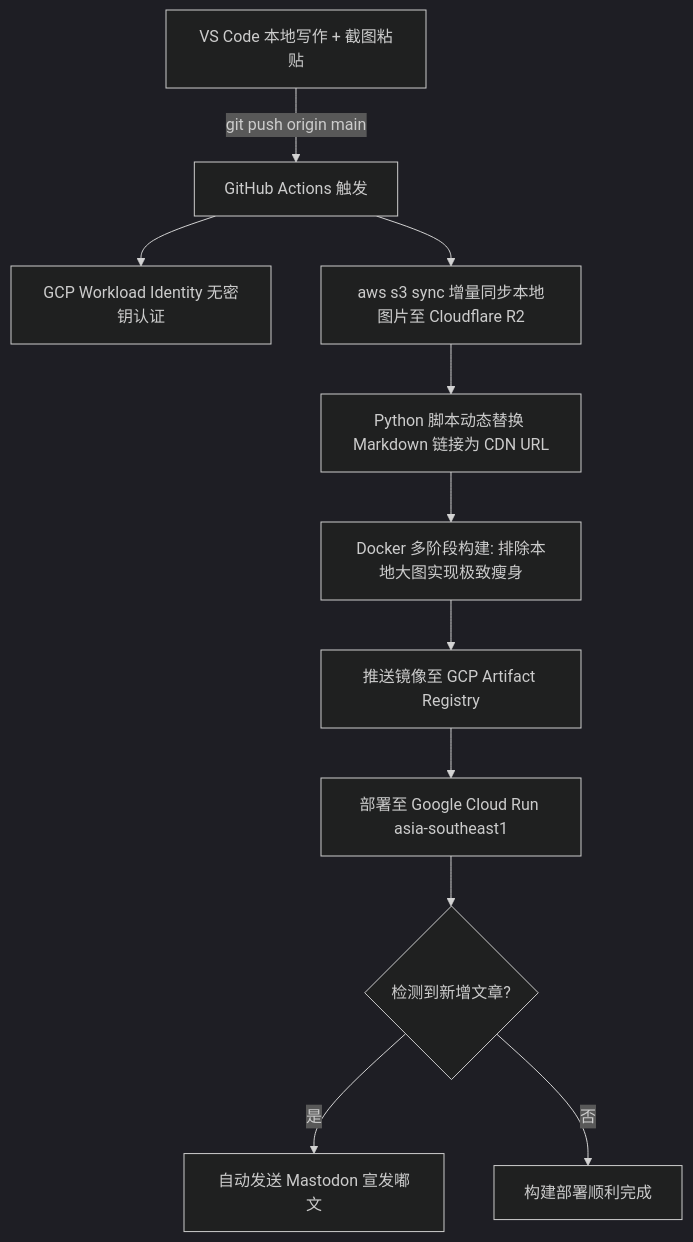
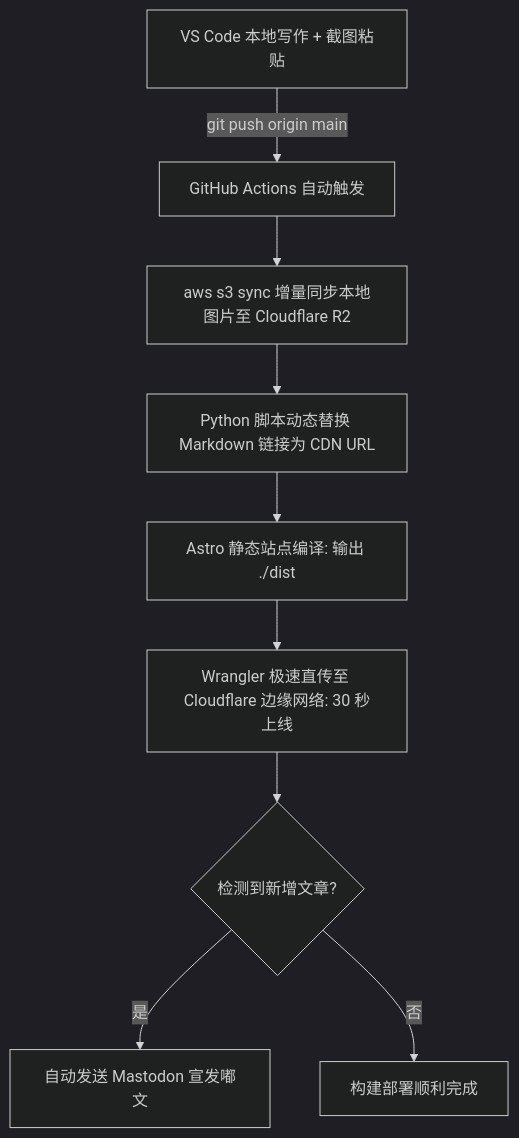
The diagram in README.md (dustyat/blog), drawn with Mermaid (dark theme) before and after one commit. The commit also changed other lines of this file and 6 other files, not shown here.

Commit message:
chore: 清理 Google Cloud Run 冗余容器配置，更新文档与关于页面

````diff
--- a/README.md
+++ b/README.md
@@ -46,13 +44,11 @@
 ```mermaid
 flowchart TD
-    A[VS Code 本地写作 + 截图粘贴] -->|git push origin main| B[GitHub Actions 触发]
-    B --> C[GCP Workload Identity 无密钥认证]
-    B --> D[aws s3 sync 增量同步本地图片至 Cloudflare R2]
-    D --> E[Python 脚本动态替换 Markdown 链接为 CDN URL]
-    E --> F[Docker 多阶段构建: 排除本地大图实现极致瘦身]
-    F --> G[推送镜像至 GCP Artifact Registry]
-    G --> H[部署至 Google Cloud Run asia-southeast1]
-    H --> I{检测到新增文章?}
-    I -->|是| J[自动发送 Mastodon 宣发嘟文]
-    I -->|否| K[构建部署顺利完成]
+    A[VS Code 本地写作 + 截图粘贴] -->|git push origin main| B[GitHub Actions 自动触发]
+    B --> C[aws s3 sync 增量同步本地图片至 Cloudflare R2]
+    C --> D[Python 脚本动态替换 Markdown 链接为 CDN URL]
+    D --> E[Astro 静态站点编译: 输出 ./dist]
+    E --> F[Wrangler 极速直传至 Cloudflare 边缘网络: 30 秒上线]
+    F --> G{检测到新增文章?}
+    G -->|是| H[自动发送 Mastodon 宣发嘟文]
+    G -->|否| I[构建部署顺利完成]
 ```
````
